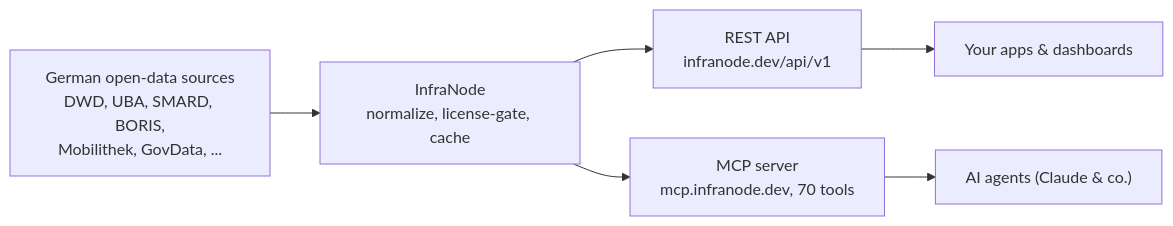
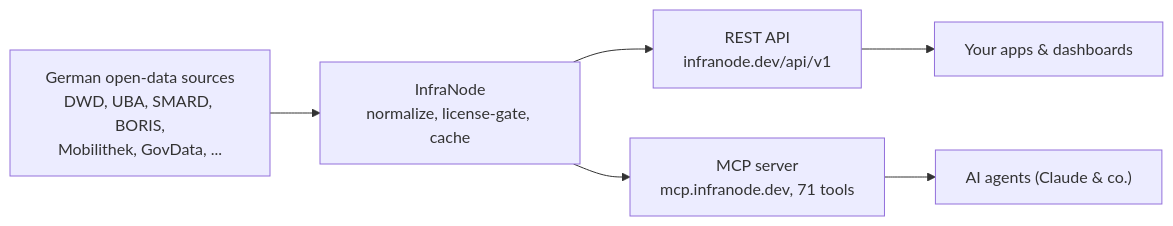
The diagram in README.md (street1983nk/infranode), drawn with Mermaid before and after one commit. The commit also changed other lines of this file and 8 other files, not shown here.

````diff
--- a/README.md
+++ b/README.md
@@ -30,8 +30,8 @@
 ```mermaid
 flowchart LR
     SRC["German open-data sources<br/>DWD, UBA, SMARD, BORIS,<br/>Mobilithek, GovData, ..."] --> CORE["InfraNode<br/>normalize, license-gate, cache"]
     CORE --> API["REST API<br/>infranode.dev/api/v1"]
-    CORE --> MCP["MCP server<br/>mcp.infranode.dev, 70 tools"]
+    CORE --> MCP["MCP server<br/>mcp.infranode.dev, 71 tools"]
     API --> APPS["Your apps &amp; dashboards"]
     MCP --> AGENTS["AI agents (Claude &amp; co.)"]
 ```
````
